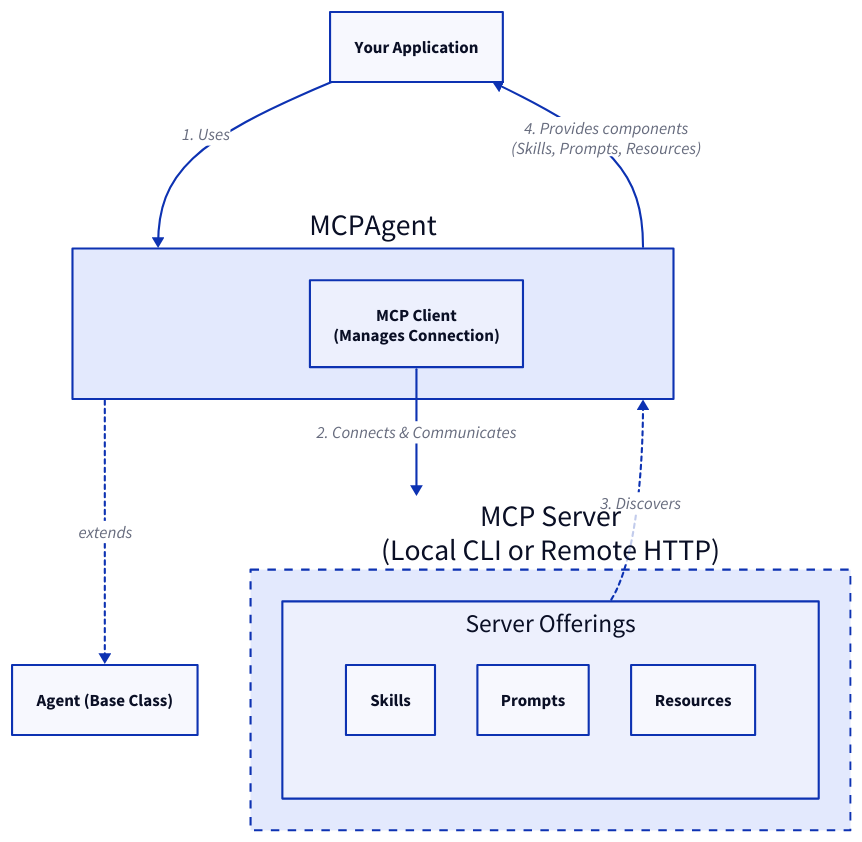
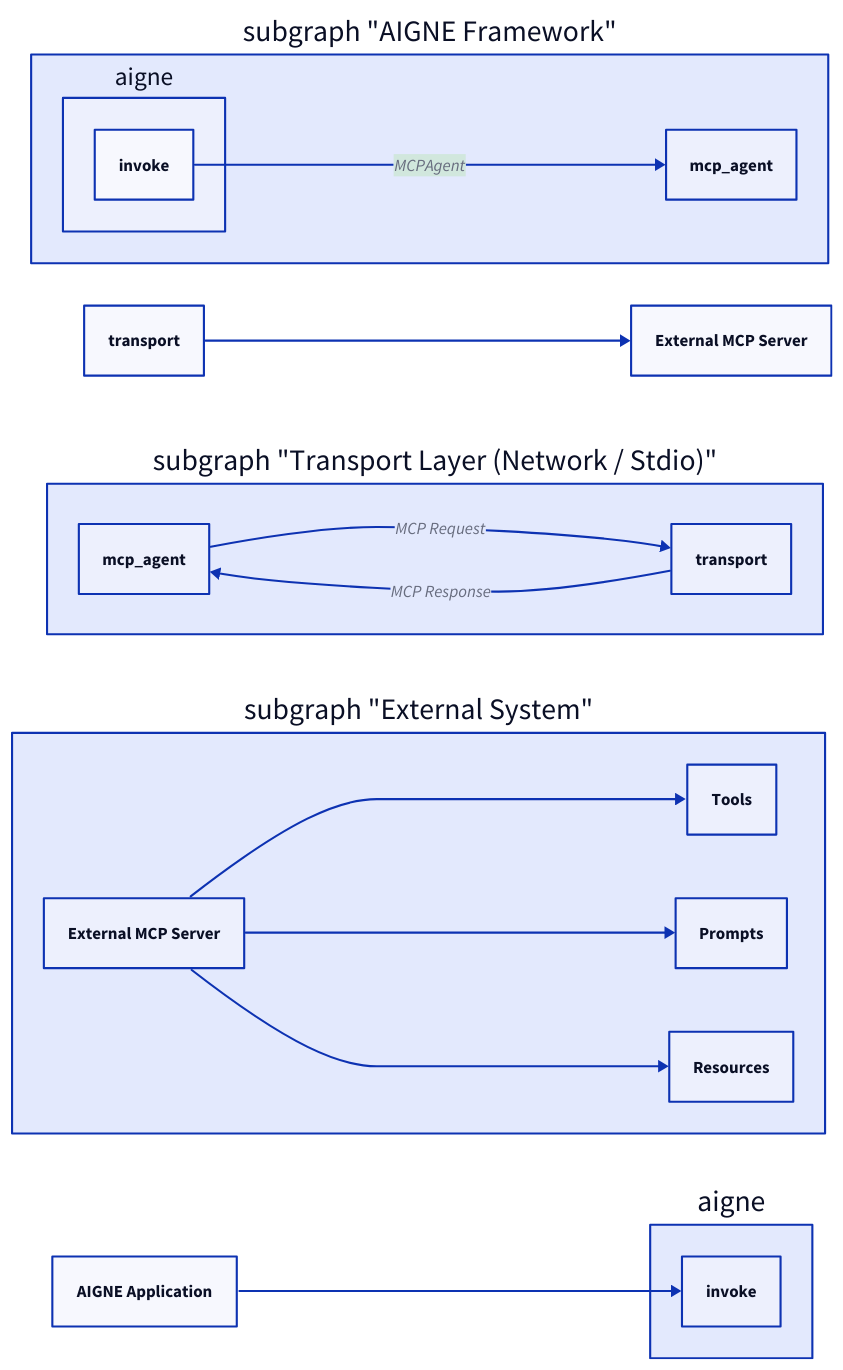
The diagram in .aigne/doc-smith/docs/developer-guide-agents-mcp-agent.md (AIGNE-io/aigne-framework), drawn with D2 before and after one commit. The commit also changed other lines of this file and 191 other files, not shown here.

````diff
--- a/.aigne/doc-smith/docs/developer-guide-agents-mcp-agent.md
+++ b/.aigne/doc-smith/docs/developer-guide-agents-mcp-agent.md
@@ -20,46 +16,28 @@
 ```d2
-direction: down
-
-Application: {
-  label: "Your Application"
-  shape: rectangle
+direction: right
+style: {
+  font-size: 14
 }
 
-MCPAgent: {
-  label: "MCPAgent"
-  shape: rectangle
+"AIGNE Application" -> aigne.invoke
 
-  MCP-Client: {
-    label: "MCP Client\n(Manages Connection)"
+subgraph "AIGNE Framework" {
+  aigne.invoke -> mcp_agent: "MCPAgent" {
+    shape: hexagon
+    style.fill: "#D1E7DD"
   }
 }
 
-Agent-Base: {
-  label: "Agent (Base Class)"
+subgraph "Transport Layer (Network / Stdio)" {
+  mcp_agent -> transport: "MCP Request"
+  transport -> mcp_agent: "MCP Response"
 }
 
-MCP-Server: {
-  label: "MCP Server\n(Local CLI or Remote HTTP)"
-  shape: rectangle
-  style.stroke-dash: 4
+transport -> "External MCP Server"
 
-  Server-Offerings: {
-    label: "Server Offerings"
-    grid-columns: 3
-    Skills: {}
-    Prompts: {}
-    Resources: {}
-  }
+subgraph "External System" {
+ "External MCP Server" -> "Tools"
+ "External MCP Server" -> "Prompts"
+ "External MCP Server" -> "Resources"
 }
-
-Application -> MCPAgent: "1. Uses"
-MCPAgent -> Agent-Base: "extends" {
-  style.stroke-dash: 2
-}
-MCPAgent.MCP-Client -> MCP-Server: "2. Connects & Communicates"
-MCP-Server.Server-Offerings -> MCPAgent: "3. Discovers" {
-  style.stroke-dash: 2
-}
-MCPAgent -> Application: "4. Provides components\n(Skills, Prompts, Resources)"
-
 ```
````
